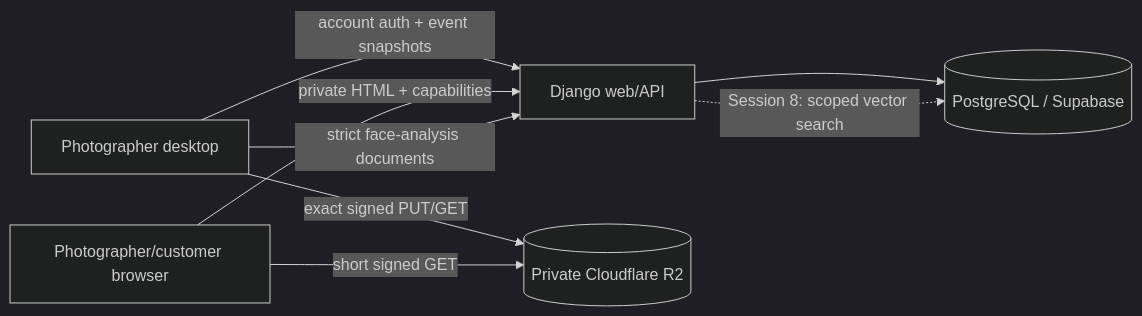
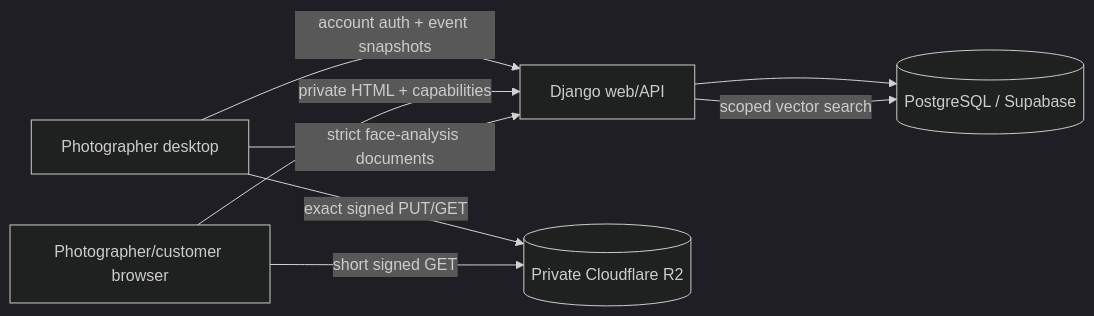
The first of 2 diagrams in OpenFotos_Markdown/OpenFotos_Product_and_Technical_Plan.md (openfotos/openfotos-platform), drawn with Mermaid (dark theme) before and after one commit. The commit also changed other lines of this file and 44 other files, not shown here.

````diff
--- a/OpenFotos_Markdown/OpenFotos_Product_and_Technical_Plan.md
+++ b/OpenFotos_Markdown/OpenFotos_Product_and_Technical_Plan.md
@@ -236,10 +245,10 @@
 ```mermaid
 flowchart LR
     D[Photographer desktop] -->|account auth + event snapshots| W[Django web/API]
     D -->|exact signed PUT/GET| R[(Private Cloudflare R2)]
     B[Photographer/customer browser] -->|private HTML + capabilities| W
     B -->|short signed GET| R
     W --> P[(PostgreSQL / Supabase)]
     D -->|strict face-analysis documents| W
-    W -. Session 8: scoped vector search .-> P
+    W -->|scoped vector search| P
 ```
````
